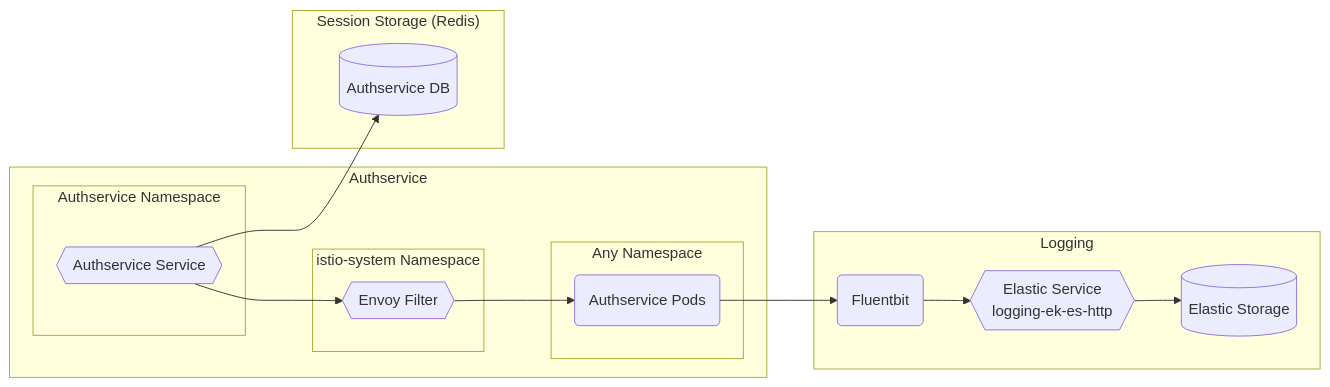
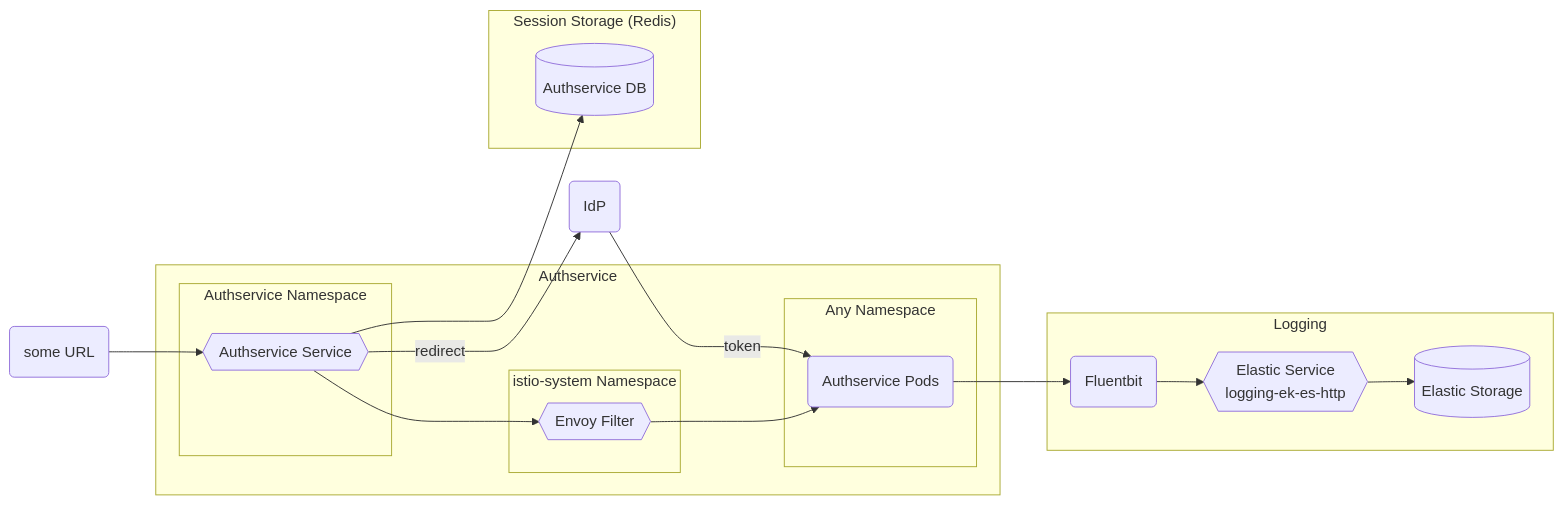
The diagram in charter/packages/authservice/Architecture.md (rjferguson21/big-bang), drawn with Mermaid before and after one commit.

Commit message:
update mermaid diagram

````diff
--- a/charter/packages/authservice/Architecture.md
+++ b/charter/packages/authservice/Architecture.md
@@ -13,26 +13,29 @@
 ```mermaid
 graph LR
+  pod("some URL") --> authservice --> |redirect| pod2("IdP")
+  pod2 --> |token| authservicepods
+
   subgraph "Authservice"
     subgraph "Any Namespace"
       authservicepods("Authservice Pod(s)")
     end
 
     subgraph "istio-system Namespace"
       envoyfilter{{"Envoy Filter"}} --> authservicepods
     end
     
     subgraph "Authservice Namespace"
       authservice{{"Authservice Service"}} --> envoyfilter
     end
         
   end
 
   subgraph "Session Storage (Redis)"
     authservice --> database3[("Authservice DB")]
   end
 
   subgraph "Logging"
     authservicepods("Authservice Pods") --> fluent(Fluentbit) --> logging-ek-es-http
     logging-ek-es-http{{Elastic Service<br />logging-ek-es-http}} --> elastic[(Elastic Storage)]
   end
 ```
````
